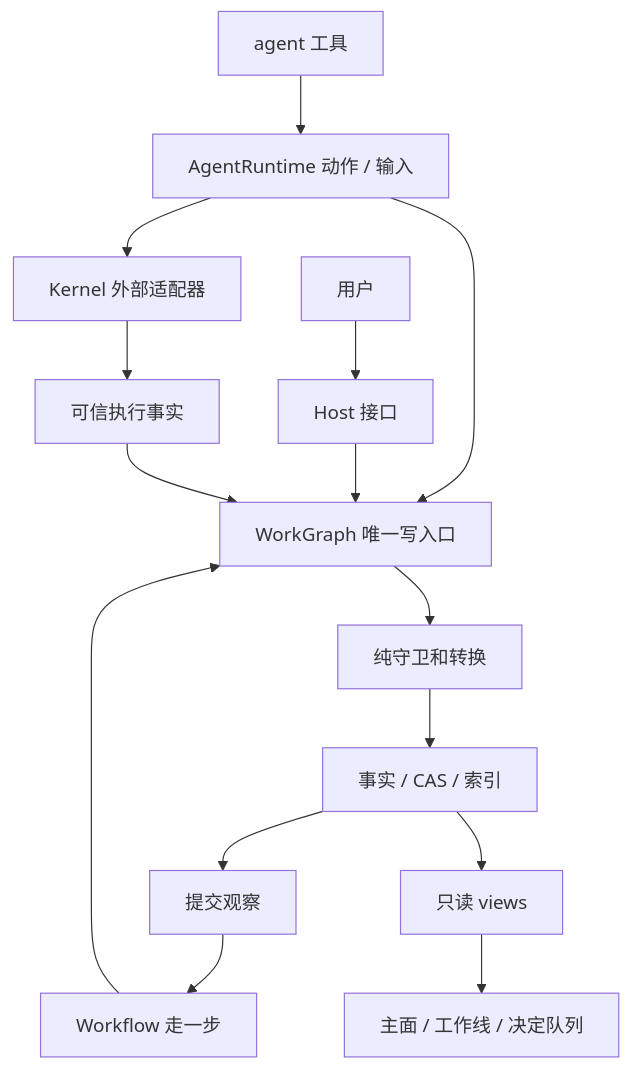
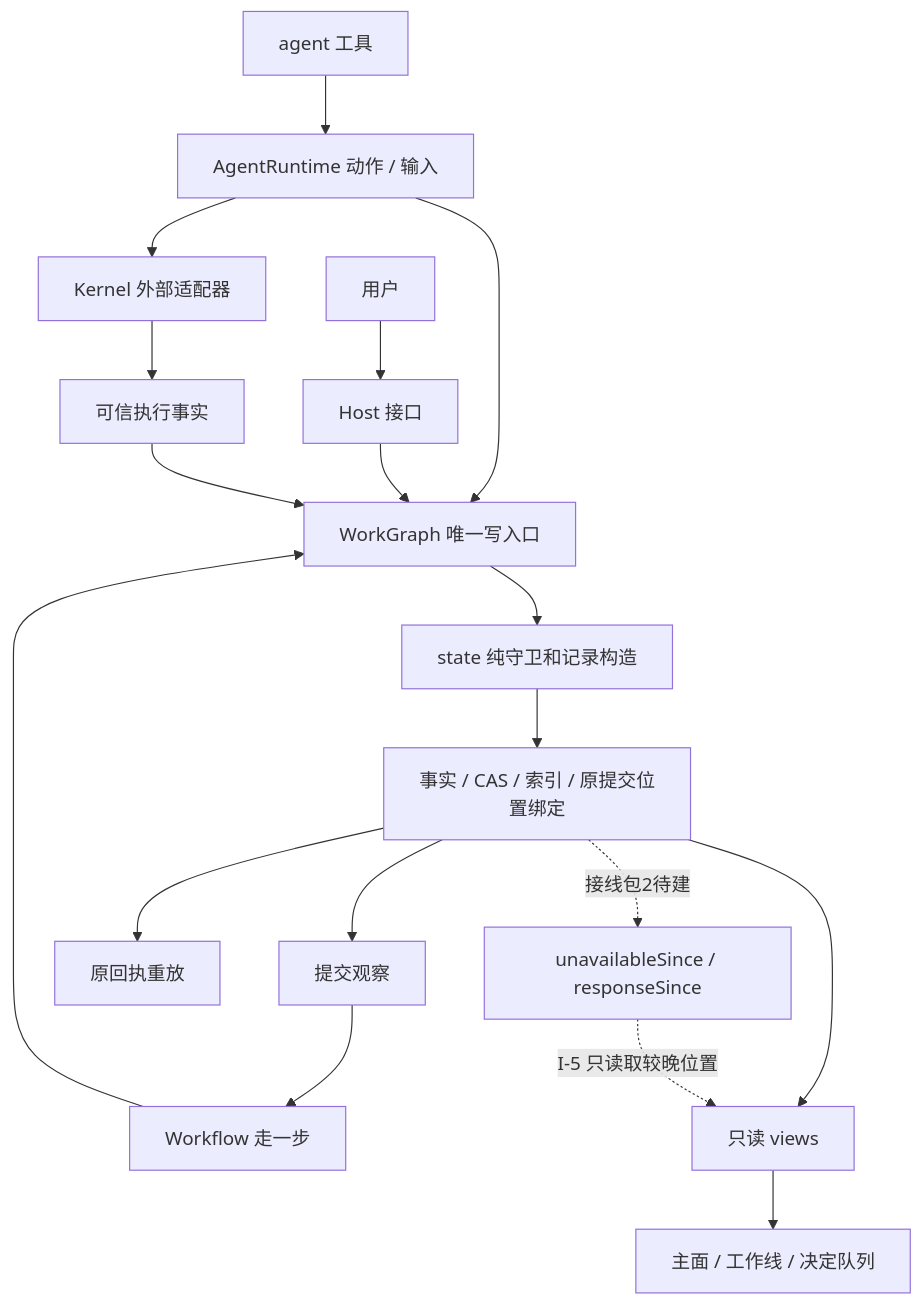
One commit to hk865/coding-platform changed the second of 24 diagrams in docs/refactor/design/orchestration-2026-10/model/DIAGRAMS.md. Above: the diagram before and after it, drawn with Mermaid. The commit also changed other lines of this file and 1 other file, not shown here.

First line of the commit message:
docs: freeze the wiring-2 spec (U1 = 甲, L10–L12, test-driven section 5) and bring DIAGRAMS up to decisions 42–49

````diff
--- a/docs/refactor/design/orchestration-2026-10/model/DIAGRAMS.md
+++ b/docs/refactor/design/orchestration-2026-10/model/DIAGRAMS.md
@@ -55,17 +78,20 @@
 ```mermaid
 flowchart TD
   U[用户] --> APIs[Host 接口]
   Agent[agent 工具] --> Runtime[AgentRuntime 动作 / 输入]
   Runtime --> WG[WorkGraph 唯一写入口]
   APIs --> WG
   WF[Workflow 走一步] --> WG
-  WG --> Pure[纯守卫和转换]
-  Pure --> Store[事实 / CAS / 索引]
+  WG --> Pure[state 纯守卫和记录构造]
+  Pure --> Store[事实 / CAS / 索引 / 原提交位置绑定]
   Store --> Host[提交观察]
   Host --> WF
   Store --> Views[只读 views]
   Views --> UI[主面 / 工作线 / 决定队列]
   Runtime --> K[Kernel 外部适配器]
   K --> Observed[可信执行事实]
   Observed --> WG
+  Store --> Receipt[原回执重放]
+  Store -. 接线包2待建 .-> Positions[unavailableSince / responseSince]
+  Positions -. I-5 只读取较晚位置 .-> Views
 ```
````
